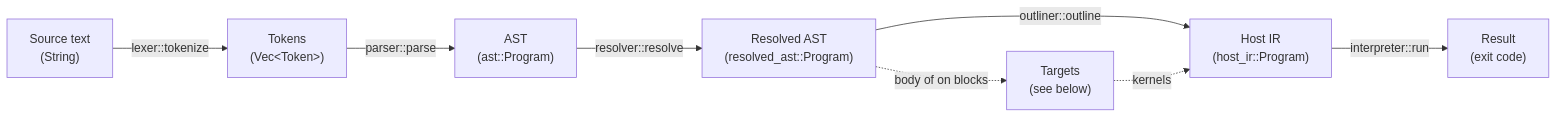
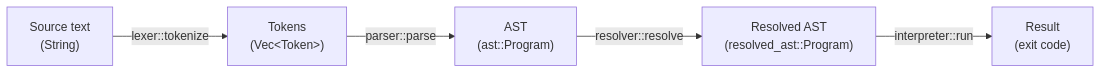
One commit to damienBloch/qlc changed the first of 2 diagrams in docs/architecture.md. Above: the diagram before and after it, drawn with Mermaid. The commit also changed other lines of this file and 15 other files, not shown here.

Commit message:
Remove `on` block support and related components from the architecture

````diff
--- a/docs/architecture.md
+++ b/docs/architecture.md
@@ -12,17 +11,13 @@
 ```mermaid
 flowchart LR
     source["Source text<br/>(String)"]
     tokens["Tokens<br/>(Vec&lt;Token&gt;)"]
     ast["AST<br/>(ast::Program)"]
     rast["Resolved AST<br/>(resolved_ast::Program)"]
-    hir["Host IR<br/>(host_ir::Program)"]
     result["Result<br/>(exit code)"]
 
     source -- "lexer::tokenize" --> tokens
     tokens -- "parser::parse" --> ast
     ast -- "resolver::resolve" --> rast
-    rast -- "outliner::outline" --> hir
-    hir -- "interpreter::run" --> result
-    rast -. "body of on blocks" .-> targets["Targets<br/>(see below)"]
-    targets -. "kernels" .-> hir
+    rast -- "interpreter::run" --> result
 ```
````
